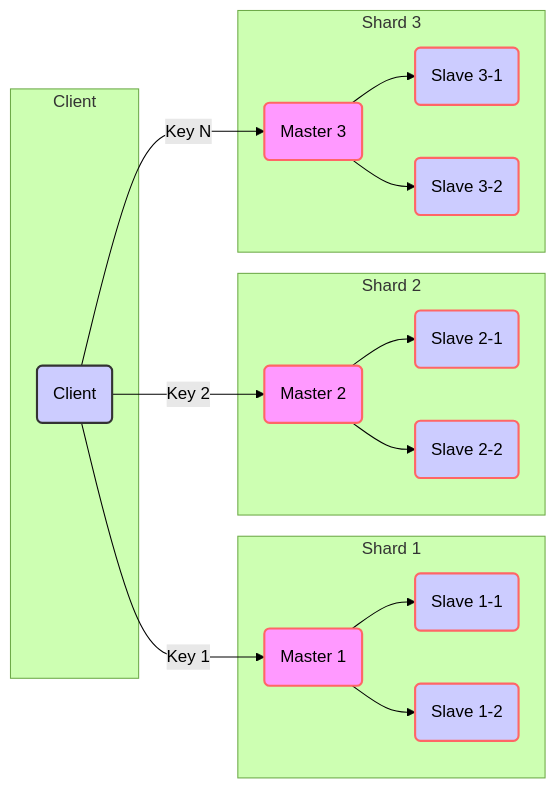
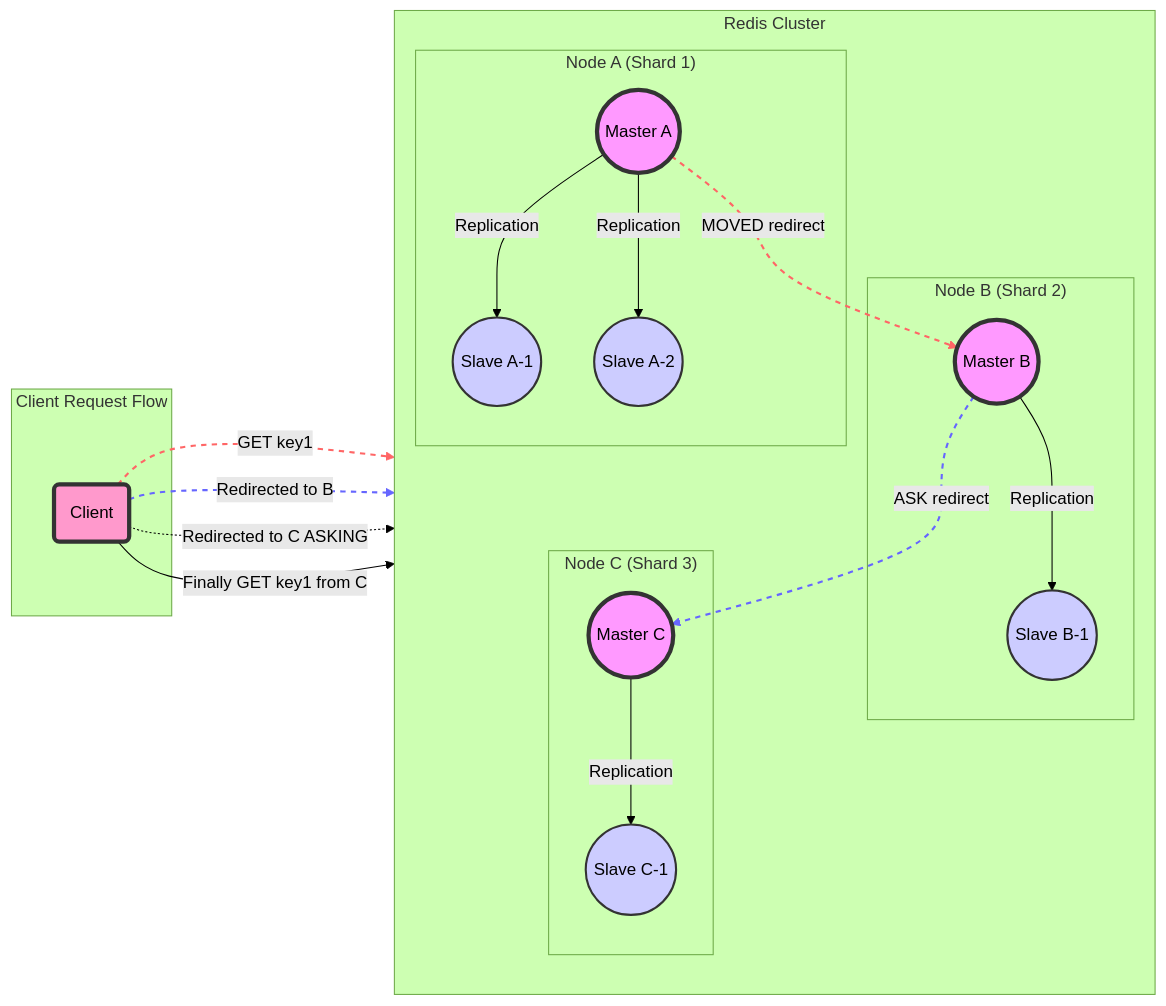
One commit to owenqing/owenqing.github.io changed the third of 3 diagrams in build/content/post/对Redis提问.md. Above: the diagram before and after it, drawn with Mermaid (forest theme). The commit also changed other lines of this file and 1 other file, not shown here.

Commit message:
docs: redis cluster

```diff
--- a/build/content/post/对Redis提问.md
+++ b/build/content/post/对Redis提问.md
@@ -206,32 +240,46 @@
 <div class="mermaid">
 graph LR
-subgraph "Client"
-C(Client)
-end
-C --> |"Key 1"| R1M
-C --> |"Key 2"| R2M
-C --> |"Key N"| R3M
-subgraph "Shard 1"
-R1M(Master 1) --> R1S1(Slave 1-1)
-R1M --> R1S2(Slave 1-2)
-end
-subgraph "Shard 2"
-R2M(Master 2) --> R2S1(Slave 2-1)
-R2M --> R2S2(Slave 2-2)
-end
-subgraph "Shard 3"
-R3M(Master 3) --> R3S1(Slave 3-1)
-R3M --> R3S2(Slave 3-2)
-end
-%% 应用风格
-style C fill:#ccf,stroke:#333,stroke-width:2px;
-style R1M fill:#f9f,stroke:#f66,stroke-width:2px;
-style R2M fill:#f9f,stroke:#f66,stroke-width:2px;
-style R3M fill:#f9f,stroke:#f66,stroke-width:2px;
-style R1S1 fill:#ccf,stroke:#f66,stroke-width:2px;
-style R1S2 fill:#ccf,stroke:#f66,stroke-width:2px;
-style R2S1 fill:#ccf,stroke:#f66,stroke-width:2px;
-style R2S2 fill:#ccf,stroke:#f66,stroke-width:2px;
-style R3S1 fill:#ccf,stroke:#f66,stroke-width:2px;
-style R3S2 fill:#ccf,stroke:#f66,stroke-width:2px;
+    subgraph "Redis Cluster"
+        direction TB
+        subgraph "Node A (Shard 1)"
+            A_Master((Master A))
+            A_Slave1((Slave A-1))
+            A_Slave2((Slave A-2))
+            A_Master -->|Replication| A_Slave1
+            A_Master -->|Replication| A_Slave2
+        end
+        subgraph "Node B (Shard 2)"
+            B_Master((Master B))
+            B_Slave1((Slave B-1))
+            B_Master -->|Replication| B_Slave1
+        end
+        subgraph "Node C (Shard 3)"
+            C_Master((Master C))
+            C_Slave1((Slave C-1))
+            C_Master -->|Replication| C_Slave1
+        end
+    end
+    subgraph "Client Request Flow"
+        Client(Client) -->|GET key1| A_Master
+        A_Master -.->|MOVED redirect| B_Master
+        Client -.->|Redirected to B| B_Master
+        B_Master -.->|ASK redirect| C_Master
+        Client -.->|Redirected to C ASKING| C_Master
+        Client -->|Finally GET key1 from C| C_Master
+    end
+    %% Styling for nodes
+    classDef master fill:#f9f,stroke:#333,stroke-width:4px;
+    classDef slave fill:#ccf,stroke:#333,stroke-width:2px;
+    classDef client fill:#f9c,stroke:#333,stroke-width:4px;
+    classDef redirect fill:#fdd,stroke:#333,stroke-width:2px;
+    classDef dashedLine stroke:#333,stroke-dasharray: 5,5;
+    %% Apply styles
+    class A_Master,B_Master,C_Master master;
+    class A_Slave1,A_Slave2,B_Slave1,C_Slave1 slave;
+    class Client client;
+    class MR,AR redirect;
+    linkStyle 4 stroke:#f66,stroke-width:2px,stroke-dasharray: 5,5;
+    linkStyle 5 stroke:#f66,stroke-width:2px,stroke-dasharray: 5,5;
+    linkStyle 6 stroke:#66f,stroke-width:2px,stroke-dasharray: 5,5;
+    linkStyle 7 stroke:#66f,stroke-width:2px,stroke-dasharray: 5,5;
 </div>
```
